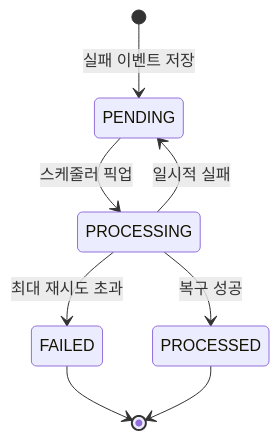
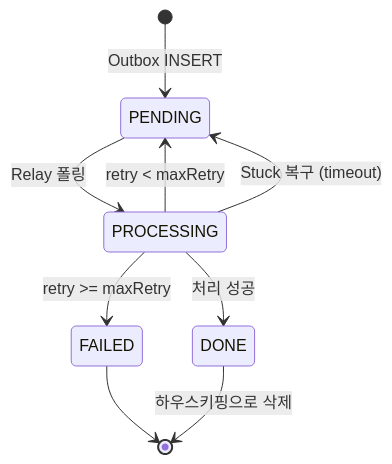
Before and after one commit to beginner0107/eventitta: the eighth of 10 diagrams in docs/ARCHITECTURE.md, drawn with Mermaid. The commit also changed other lines of this file and 3 other files, not shown here.

````diff
--- a/docs/ARCHITECTURE.md
+++ b/docs/ARCHITECTURE.md
@@ -368,10 +336,11 @@
 ```mermaid
 stateDiagram-v2
-    [*] --> PENDING: 실패 이벤트 저장
-    PENDING --> PROCESSING: 스케줄러 픽업
-    PROCESSING --> PROCESSED: 복구 성공
-    PROCESSING --> PENDING: 일시적 실패
-    PROCESSING --> FAILED: 최대 재시도 초과
+    [*] --> PENDING: Outbox INSERT
+    PENDING --> PROCESSING: Relay 폴링
+    PROCESSING --> DONE: 처리 성공
+    PROCESSING --> PENDING: retry < maxRetry
+    PROCESSING --> FAILED: retry >= maxRetry
+    PROCESSING --> PENDING: Stuck 복구 (timeout)
     FAILED --> [*]
-    PROCESSED --> [*]
+    DONE --> [*]: 하우스키핑으로 삭제
 ```
````
